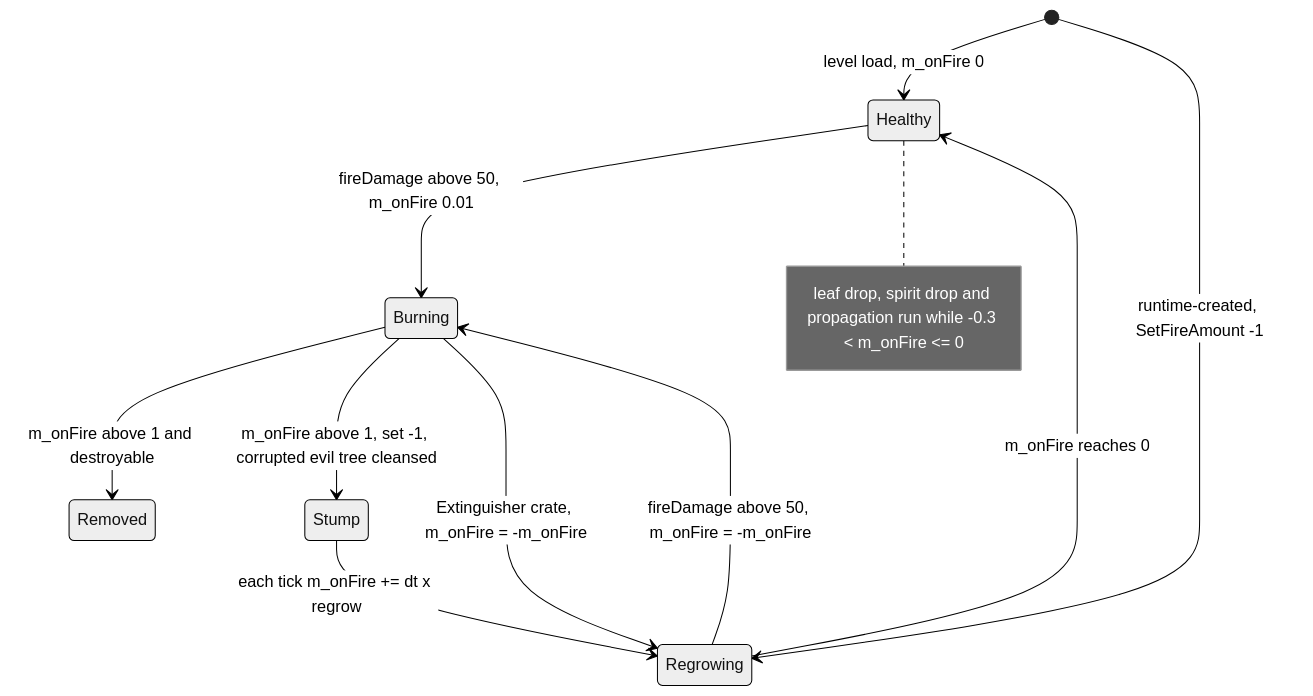
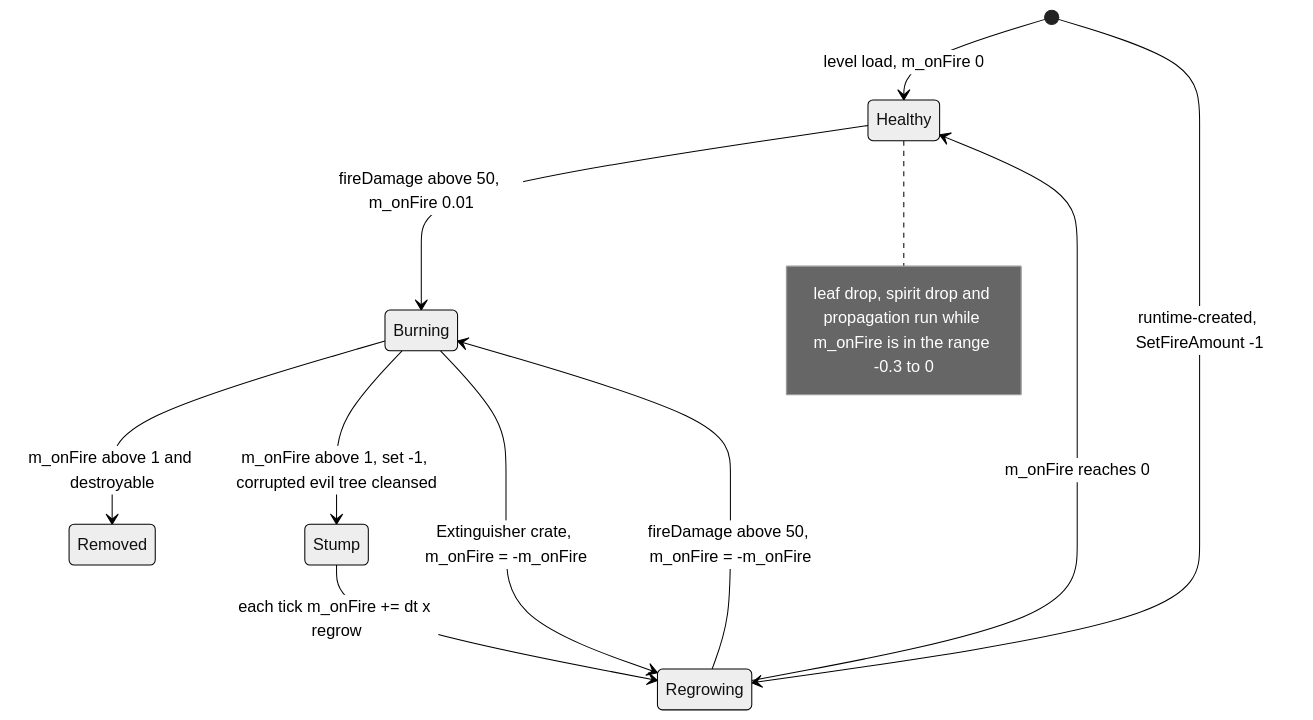
Before and after one commit to Zwaliebaba/Species.AI: diagram 12 of 25 in design/03_buildings_and_world_objects.md, drawn with Mermaid (neutral theme). The commit also changed other lines of this file and 46 other files, not shown here.

First line of the commit message:
Add 23_terrain, 24_rendering, 28_ui_framework; Mermaid validator; Phase 2 complete

````diff
--- a/design/03_buildings_and_world_objects.md
+++ b/design/03_buildings_and_world_objects.md
@@ -1310,13 +1314,13 @@
 ```mermaid
 stateDiagram-v2
     [*] --> Healthy : level load, m_onFire 0
     [*] --> Regrowing : runtime-created, SetFireAmount -1
     Healthy --> Burning : fireDamage above 50, m_onFire 0.01
     Burning --> Removed : m_onFire above 1 and destroyable
     Burning --> Stump : m_onFire above 1, set -1, corrupted evil tree cleansed
     Stump --> Regrowing : each tick m_onFire += dt x regrow
     Regrowing --> Burning : fireDamage above 50, m_onFire = -m_onFire
     Burning --> Regrowing : Extinguisher crate, m_onFire = -m_onFire
     Regrowing --> Healthy : m_onFire reaches 0
-    note right of Healthy : leaf drop, spirit drop and propagation run while -0.3 < m_onFire <= 0
+    note right of Healthy : leaf drop, spirit drop and propagation run while m_onFire is in the range -0.3 to 0
 ```
````
